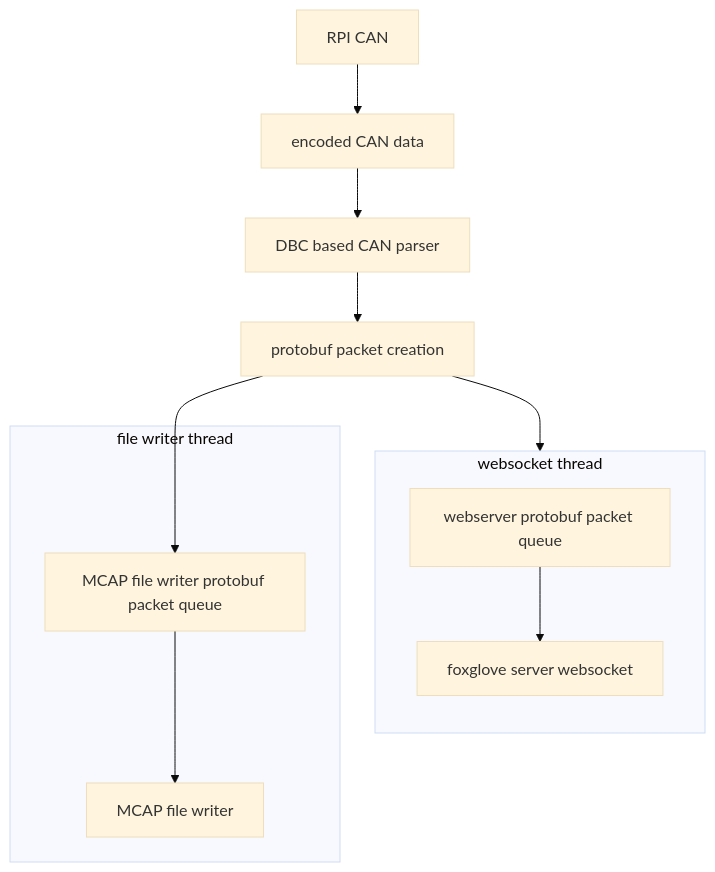
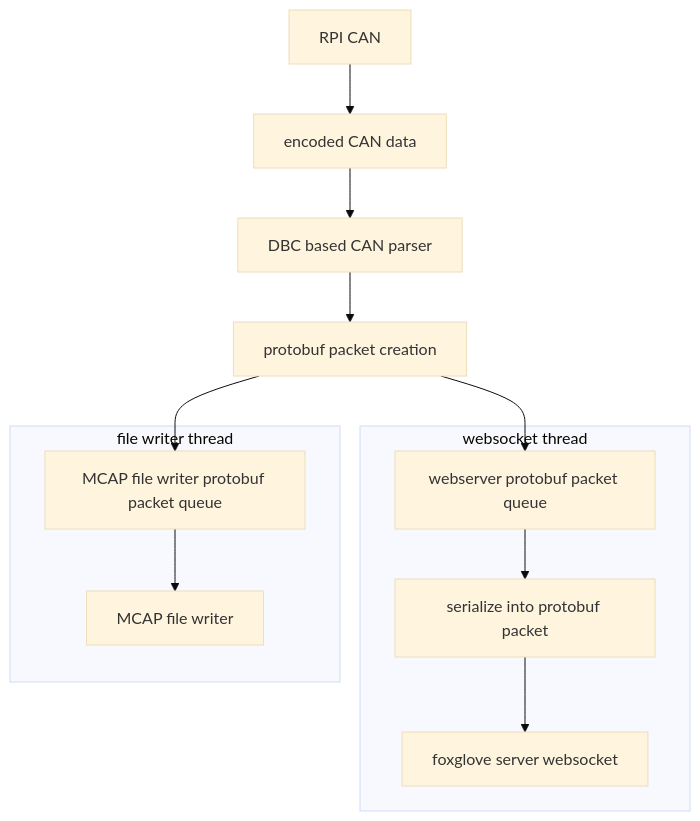
One commit to RCMast3r/data_acq changed the diagram in README.md. Above: the diagram before and after it, drawn with Mermaid (base theme). The commit also changed other lines of this file and 2 other files, not shown here.

````diff
--- a/README.md
+++ b/README.md
@@ -34,16 +40,16 @@
 ```mermaid
 flowchart TD
     CAN[RPI CAN] --> py_async_q[encoded CAN data]
     py_async_q --> des[DBC based CAN parser] 
     des --> pb_pack[protobuf packet creation]
+    
     pb_pack --> data_q1[webserver protobuf packet queue]
     pb_pack --> data_q2[MCAP file writer protobuf packet queue]
     subgraph websocket thread
-        direction TB
-
-        data_q1 --> py_foxglove[foxglove server websocket]
+        data_q1 --> enc[serialize into protobuf packet]
+        enc --> py_foxglove[foxglove server websocket]
     end
     subgraph file writer thread
         data_q2 --> py_mcap[MCAP file writer]
     end
 ```
````
